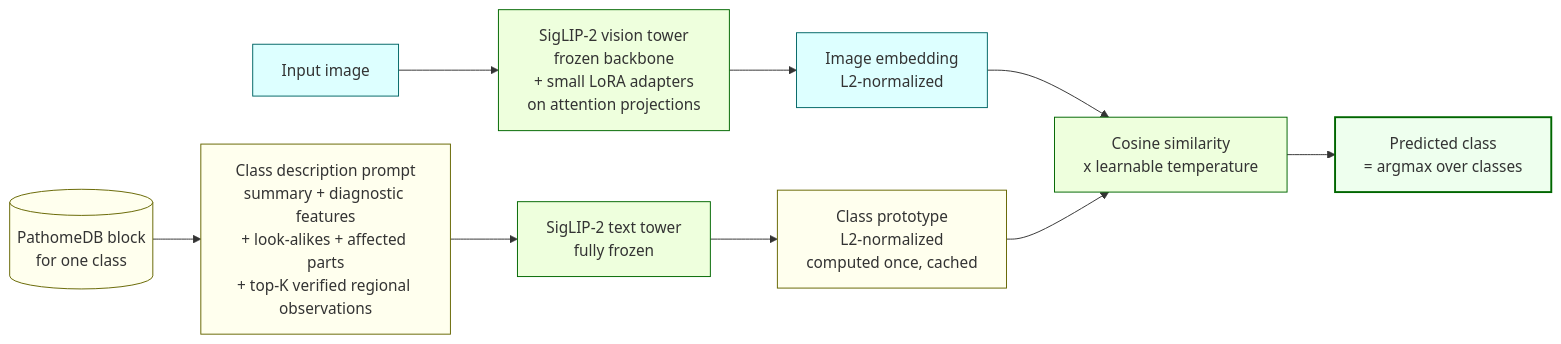
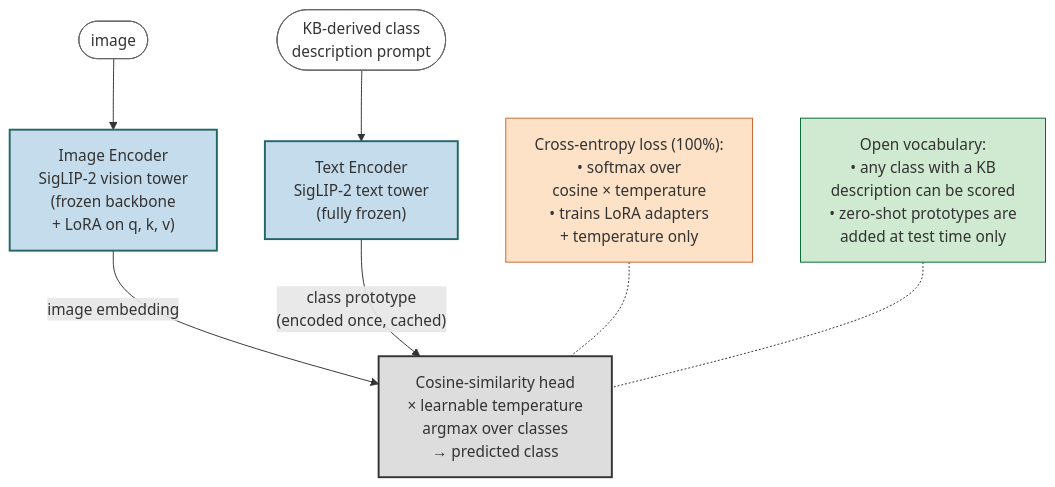
One commit to tirtho149/PlantSwarm changed the fourth of 6 diagrams in PIPELINE.md. Above: the diagram before and after it, drawn with Mermaid. The commit also changed other lines of this file, not shown here.

Commit message:
PIPELINE.md: redraw OBSERVE architecture diagram in SigLIP-2 style
Two encoders side-by-side with image and text inputs flowing up to a
cosine-similarity head, loss annotation on the left, open-vocabulary
behavior annotation on the right — matching the SigLIP-2 paper's
figure layout. Adds an explanatory caption underneath.

````diff
--- a/PIPELINE.md
+++ b/PIPELINE.md
@@ -221,27 +221,32 @@
 ```mermaid
-flowchart LR
-    IMG[Input image]
-    VIS[SigLIP-2 vision tower<br/>frozen backbone<br/>+ small LoRA adapters<br/>on attention projections]
-    EMB[Image embedding<br/>L2-normalized]
-    KB[(PathomeDB block<br/>for one class)]
-    PROMPT[Class description prompt<br/>summary + diagnostic features<br/>+ look-alikes + affected parts<br/>+ top-K verified regional observations]
-    TXT[SigLIP-2 text tower<br/>fully frozen]
-    PROTO[Class prototype<br/>L2-normalized<br/>computed once, cached]
-    SCORE[Cosine similarity<br/>x learnable temperature]
-    PRED[Predicted class<br/>= argmax over classes]
+flowchart TB
+    LOSS["Cross-entropy loss (100%):<br/>• softmax over<br/>  cosine × temperature<br/>• trains LoRA adapters<br/>  + temperature only"]
+    HEAD["Cosine-similarity head<br/>× learnable temperature<br/>argmax over classes<br/>→ predicted class"]
+    NOTE["Open vocabulary:<br/>• any class with a KB<br/>  description can be scored<br/>• zero-shot prototypes are<br/>  added at test time only"]
 
-    IMG --> VIS --> EMB
-    KB --> PROMPT --> TXT --> PROTO
-    EMB --> SCORE
-    PROTO --> SCORE
-    SCORE --> PRED
+    VIS["Image Encoder<br/>SigLIP-2 vision tower<br/>(frozen backbone<br/>+ LoRA on q, k, v)"]
+    TXT["Text Encoder<br/>SigLIP-2 text tower<br/>(fully frozen)"]
 
-    classDef img fill:#dff,stroke:#066
-    classDef text fill:#ffe,stroke:#660
-    classDef model fill:#efd,stroke:#060
-    classDef out fill:#efe,stroke:#060,stroke-width:2px
-    class IMG,EMB img
-    class KB,PROMPT,PROTO text
-    class VIS,TXT,SCORE model
-    class PRED out
+    IMG([image])
+    PROMPT([KB-derived class<br/>description prompt])
+
+    IMG --> VIS
+    PROMPT --> TXT
+    VIS  -- "image embedding"                         --> HEAD
+    TXT  -- "class prototype<br/>(encoded once, cached)" --> HEAD
+
+    LOSS -.- HEAD
+    NOTE -.- HEAD
+
+    classDef loss fill:#fde2c8,stroke:#c63,stroke-width:1px
+    classDef note fill:#cfead0,stroke:#063,stroke-width:1px
+    classDef enc  fill:#c5dcec,stroke:#266,stroke-width:2px
+    classDef head fill:#dddddd,stroke:#333,stroke-width:2px
+    classDef io   fill:#ffffff,stroke:#666
+
+    class LOSS loss
+    class NOTE note
+    class VIS,TXT enc
+    class HEAD head
+    class IMG,PROMPT io
 ```
````
